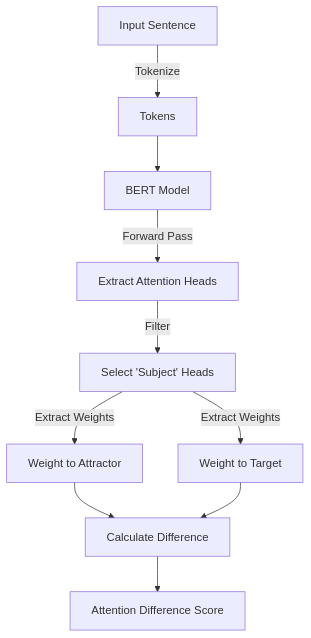
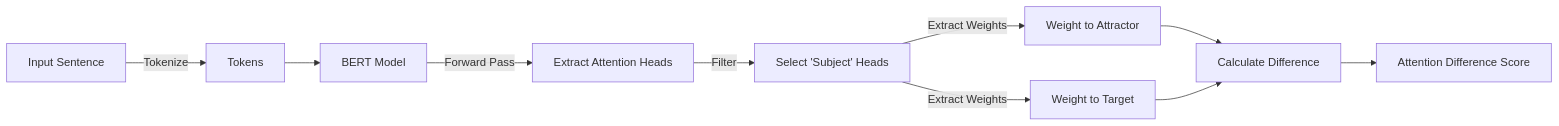
The second of 2 diagrams in paper/paper.qmd (utkuturk/nom-vs-gen-attraction), drawn with Mermaid before and after one commit. The commit also changed other lines of this file and 19 other files, not shown here.

````diff
--- a/paper/paper.qmd
+++ b/paper/paper.qmd
@@ -169,13 +173,14 @@
 ```{mermaid}
 %%| fig-cap: "Attention Analysis Pipeline"
-graph TD
+%%| fig-width: 6.5
+graph LR
     S[Input Sentence] -->|Tokenize| T[Tokens]
     T --> M[BERT Model]
     M -->|Forward Pass| H[Extract Attention Heads]
     H -->|Filter| SH[Select 'Subject' Heads]
     SH -->|Extract Weights| W_att[Weight to Attractor]
     SH -->|Extract Weights| W_tgt[Weight to Target]
     W_att --> Diff[Calculate Difference]
     W_tgt --> Diff
     Diff --> Res[Attention Difference Score]
 ```
````
